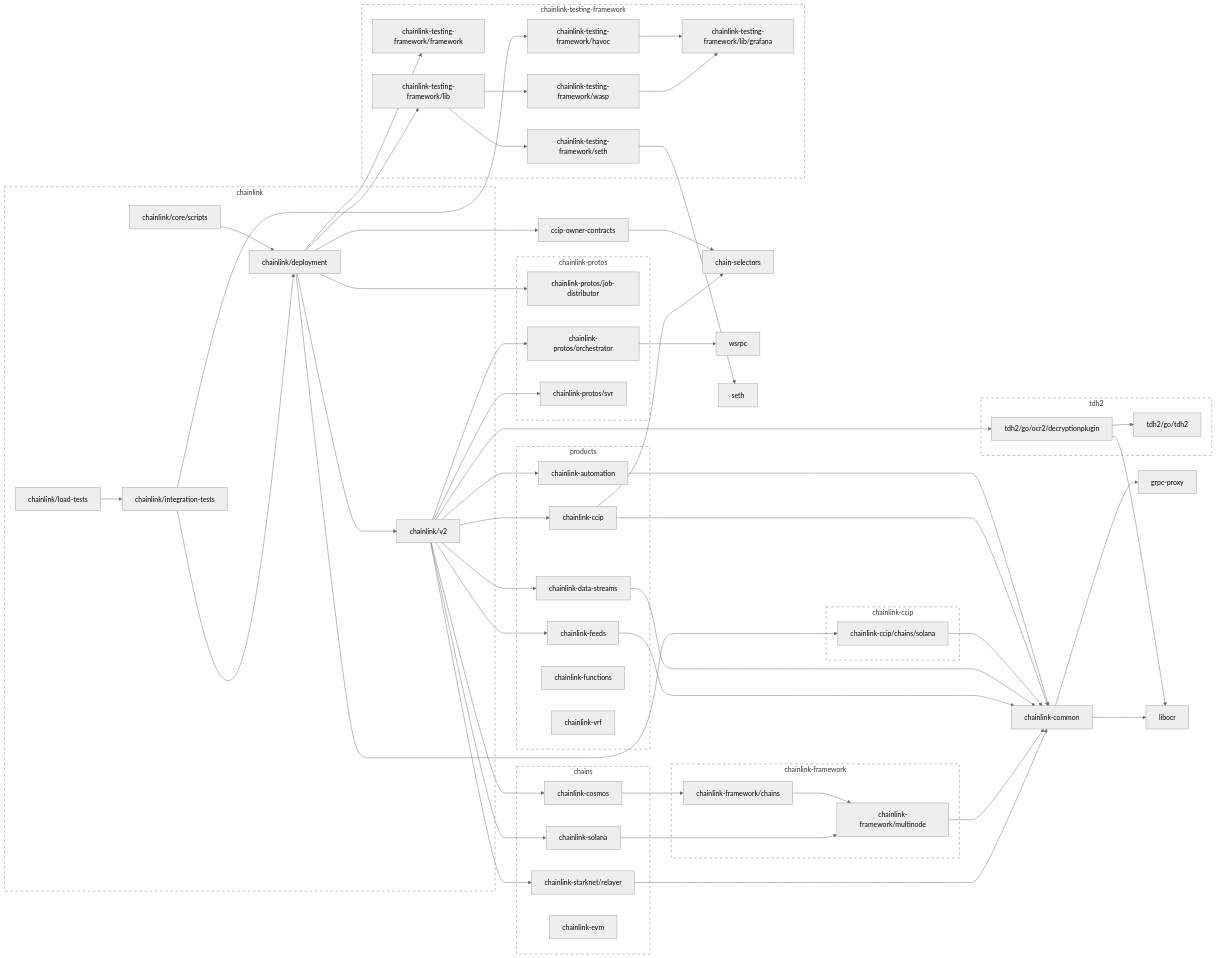
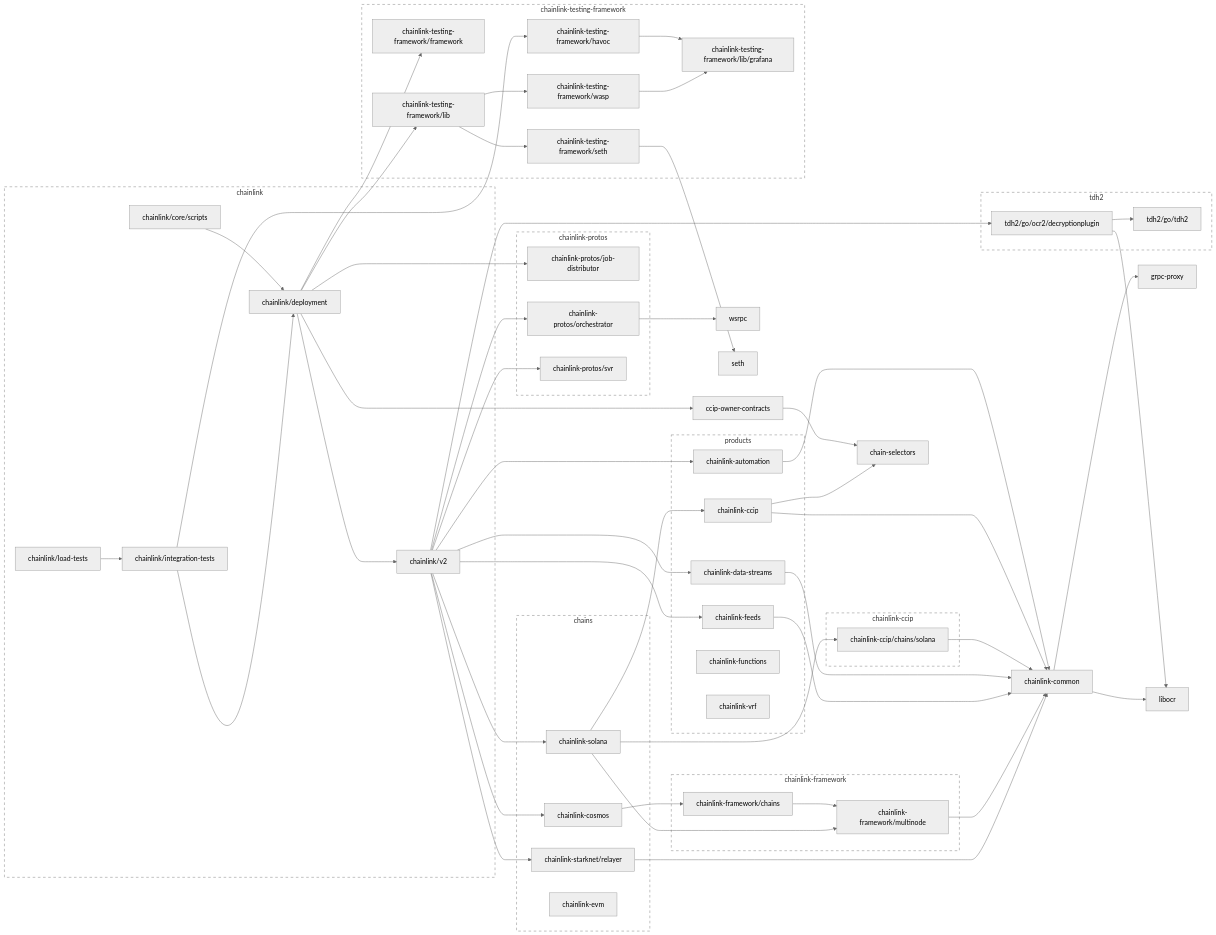
One commit to smartcontractkit/chainlink changed the second of 2 diagrams in go.md. Above: the diagram before and after it, drawn with Mermaid (neutral theme). The commit also changed other lines of this file, not shown here.

```diff
--- a/go.md
+++ b/go.md
@@ -145,6 +154,8 @@
 	click chainlink-protos/orchestrator href "https://github.com/smartcontractkit/chainlink-protos"
 	chainlink-protos/svr
 	click chainlink-protos/svr href "https://github.com/smartcontractkit/chainlink-protos"
+	chainlink-solana --> chainlink-ccip
+	chainlink-solana --> chainlink-ccip/chains/solana
 	chainlink-solana --> chainlink-framework/multinode
 	click chainlink-solana href "https://github.com/smartcontractkit/chainlink-solana"
 	chainlink-starknet/relayer --> chainlink-common
@@ -165,7 +176,6 @@
 	chainlink/core/scripts --> chainlink/deployment
 	click chainlink/core/scripts href "https://github.com/smartcontractkit/chainlink"
 	chainlink/deployment --> ccip-owner-contracts
-	chainlink/deployment --> chainlink-ccip/chains/solana
 	chainlink/deployment --> chainlink-protos/job-distributor
 	chainlink/deployment --> chainlink-testing-framework/framework
 	chainlink/deployment --> chainlink-testing-framework/lib
@@ -177,7 +187,6 @@
 	chainlink/load-tests --> chainlink/integration-tests
 	click chainlink/load-tests href "https://github.com/smartcontractkit/chainlink"
 	chainlink/v2 --> chainlink-automation
-	chainlink/v2 --> chainlink-ccip
 	chainlink/v2 --> chainlink-cosmos
 	chainlink/v2 --> chainlink-data-streams
 	chainlink/v2 --> chainlink-feeds
```
